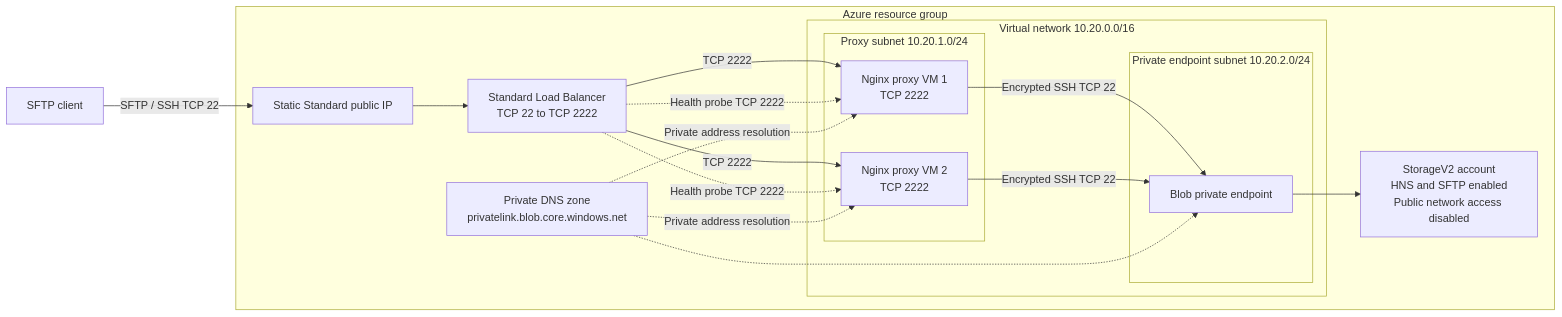
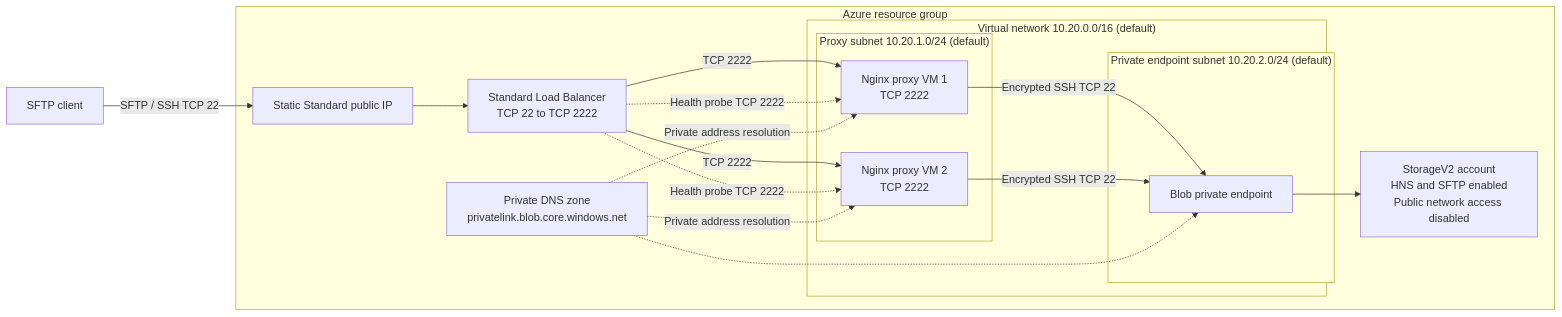
One commit to cloudfyy/azure-sftp changed the diagram in README.md. Above: the diagram before and after it, drawn with Mermaid. The commit also changed other lines of this file and 1 other file, not shown here.

Commit message:
Expose virtual network address space parameter

````diff
--- a/README.md
+++ b/README.md
@@ -27,36 +27,36 @@
 ```mermaid
 flowchart LR
   client["SFTP client"]
 
   subgraph azure["Azure resource group"]
     pip["Static Standard public IP"]
     lb["Standard Load Balancer<br/>TCP 22 to TCP 2222"]
 
-    subgraph vnet["Virtual network 10.20.0.0/16"]
-      subgraph proxySubnet["Proxy subnet 10.20.1.0/24"]
+    subgraph vnet["Virtual network 10.20.0.0/16 (default)"]
+      subgraph proxySubnet["Proxy subnet 10.20.1.0/24 (default)"]
         vm1["Nginx proxy VM 1<br/>TCP 2222"]
         vm2["Nginx proxy VM 2<br/>TCP 2222"]
       end
 
-      subgraph peSubnet["Private endpoint subnet 10.20.2.0/24"]
+      subgraph peSubnet["Private endpoint subnet 10.20.2.0/24 (default)"]
         pe["Blob private endpoint"]
       end
     end
 
     dns["Private DNS zone<br/>privatelink.blob.core.windows.net"]
     storage["StorageV2 account<br/>HNS and SFTP enabled<br/>Public network access disabled"]
   end
 
   client -->|"SFTP / SSH TCP 22"| pip
   pip --> lb
   lb -->|"TCP 2222"| vm1
   lb -->|"TCP 2222"| vm2
   lb -.->|"Health probe TCP 2222"| vm1
   lb -.->|"Health probe TCP 2222"| vm2
   vm1 -->|"Encrypted SSH TCP 22"| pe
   vm2 -->|"Encrypted SSH TCP 22"| pe
   pe --> storage
   dns -.->|"Private address resolution"| vm1
   dns -.->|"Private address resolution"| vm2
   dns -.-> pe
 ```
````
